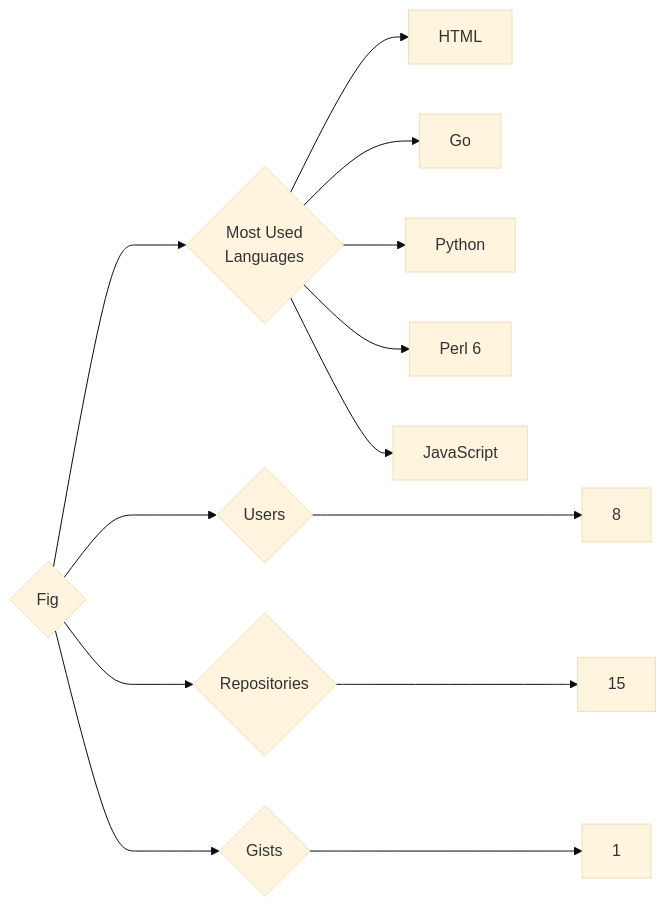
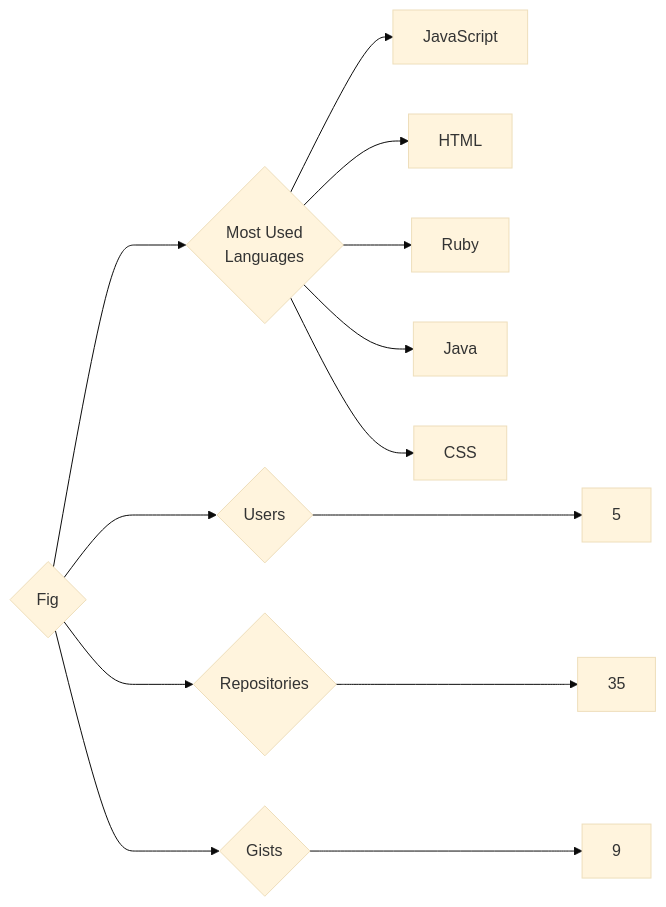
Before and after one commit to trickest/insiders: the diagram in targets/Fig/README.md, drawn with Mermaid (base theme). The commit also changed 1007 other files, not shown here.

````diff
--- a/targets/Fig/README.md
+++ b/targets/Fig/README.md
@@ -3,13 +3,13 @@
 ```mermaid
 graph LR
 COMPANY_NAME{Fig}
-COMPANY_NAME ---> U{Users} ---> UN[8]
-COMPANY_NAME ---> R{Repositories} ---> RN[15]
-COMPANY_NAME ---> G{Gists} ---> GN[1]
+COMPANY_NAME ---> U{Users} ---> UN[5]
+COMPANY_NAME ---> R{Repositories} ---> RN[35]
+COMPANY_NAME ---> G{Gists} ---> GN[9]
 COMPANY_NAME ---> ML{Most Used<br>Languages}
+ML --> JavaScript[JavaScript]
 ML --> HTML[HTML]
-ML --> Go[Go]
-ML --> Python[Python]
-ML --> Perl_6[Perl 6]
-ML --> JavaScript[JavaScript]
+ML --> Ruby[Ruby]
+ML --> Java[Java]
+ML --> CSS[CSS]
 ```
````
